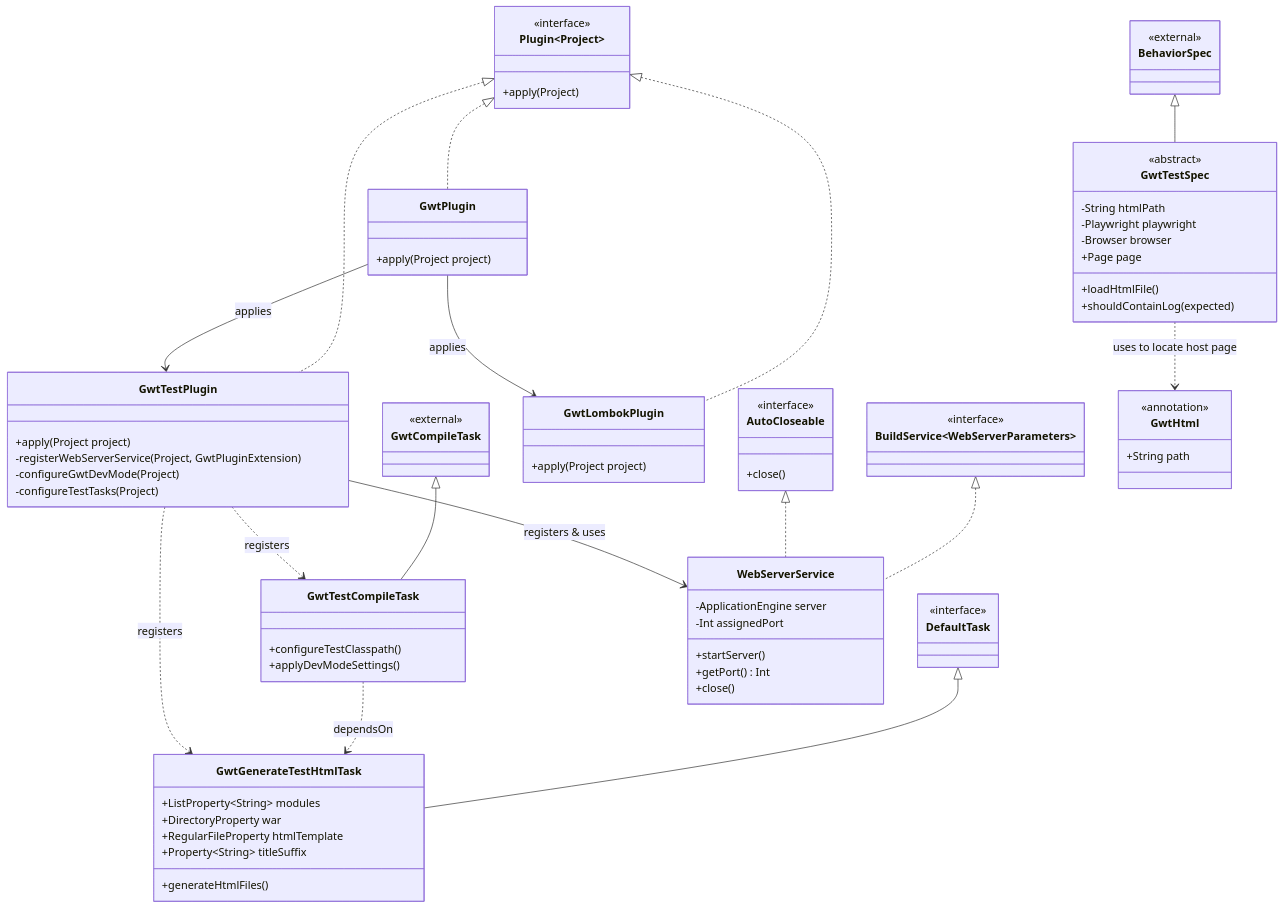
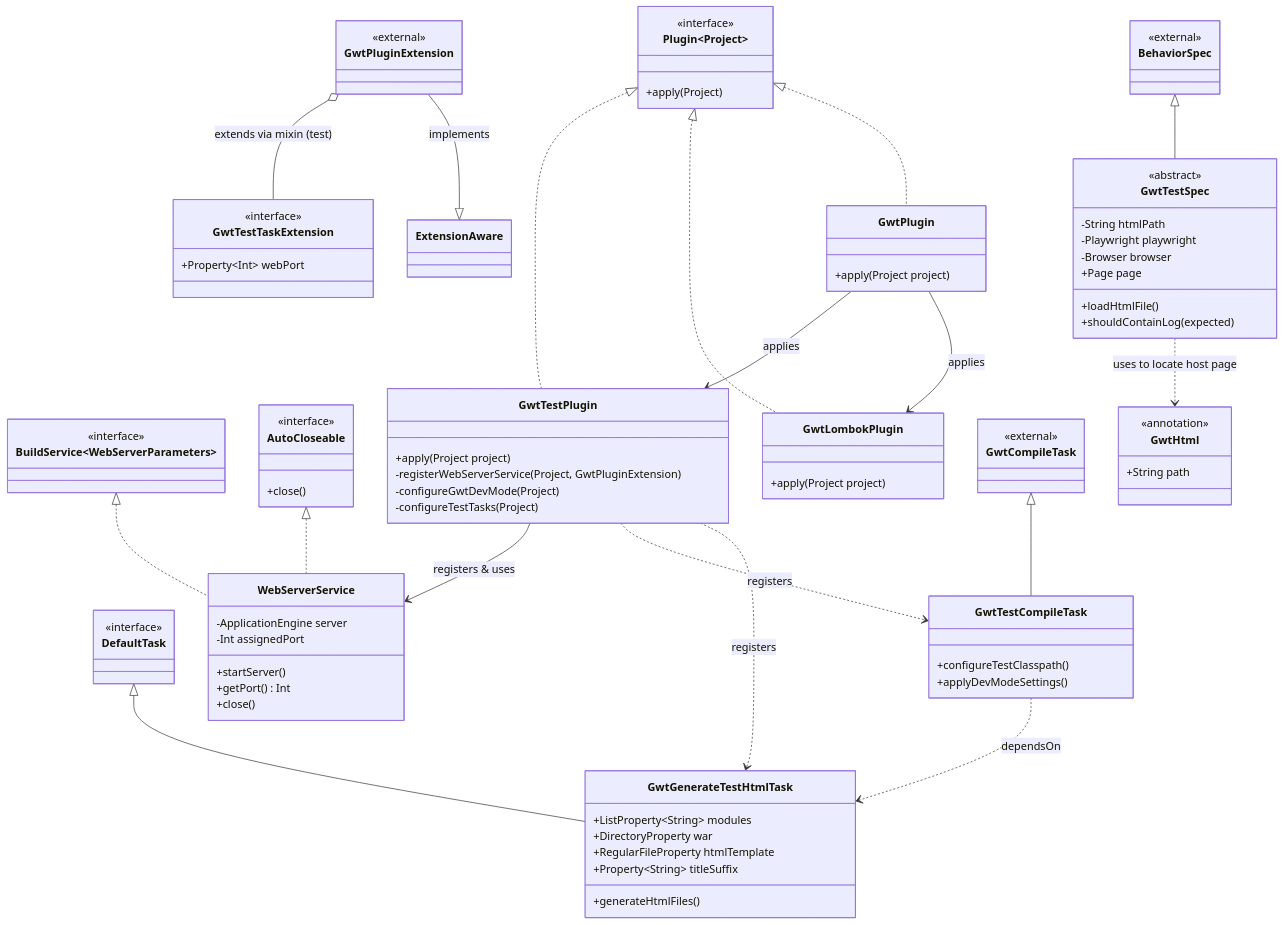
The diagram in docs/class-diagram.md (sayaya1090/gwt), drawn with Mermaid before and after one commit. The commit also changed other lines of this file and 1 other file, not shown here.

Commit message:
docs: 2.2.9.1-TEMP4 변경 사항 반영 및 가이드 업데이트
- README.md: 상대 경로 기반 사용법 및 webPort 설정 안내 추가
- docs: GwtTestTaskExtension 정보 클래스 다이어그램 반영

```diff
--- a/docs/class-diagram.md
+++ b/docs/class-diagram.md
@@ -38,12 +38,23 @@
         -configureTestTasks(Project)
     }
 
+    class GwtPluginExtension {
+        <<external>>
+    }
+
+    class GwtTestTaskExtension {
+        <<interface>>
+        +Property~Int~ webPort
+    }
+
     Plugin <|.. GwtPlugin
     Plugin <|.. GwtLombokPlugin
     Plugin <|.. GwtTestPlugin
 
     GwtPlugin --> GwtLombokPlugin : applies
     GwtPlugin --> GwtTestPlugin : applies
+    GwtPluginExtension --|> ExtensionAware : implements
+    GwtPluginExtension o-- GwtTestTaskExtension : extends via mixin (test)
 
     %% Tasks
     class GwtCompileTask {
```
